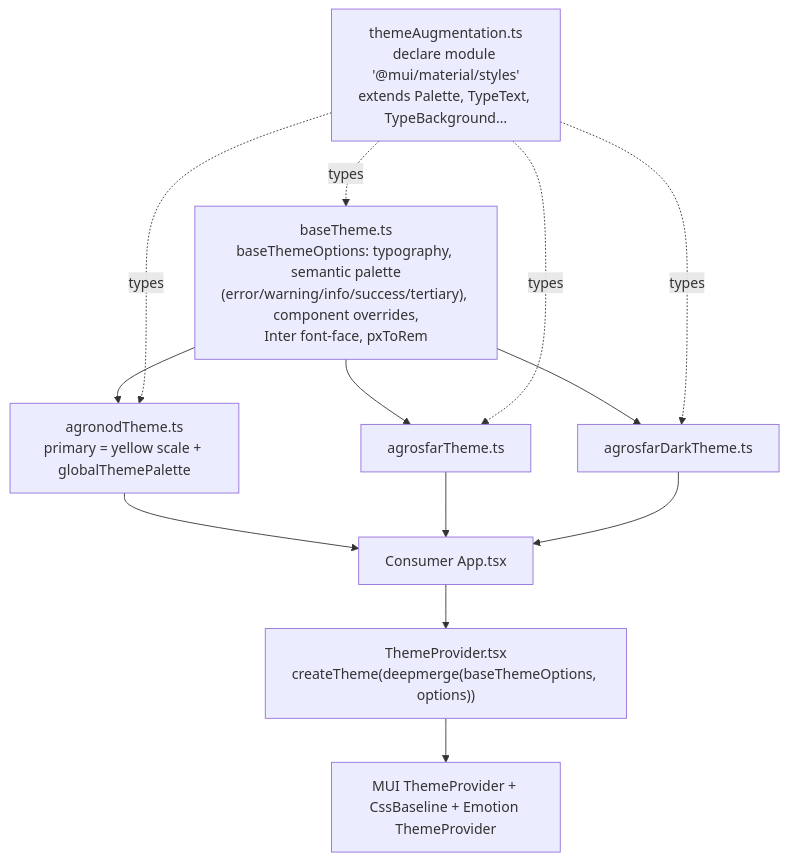
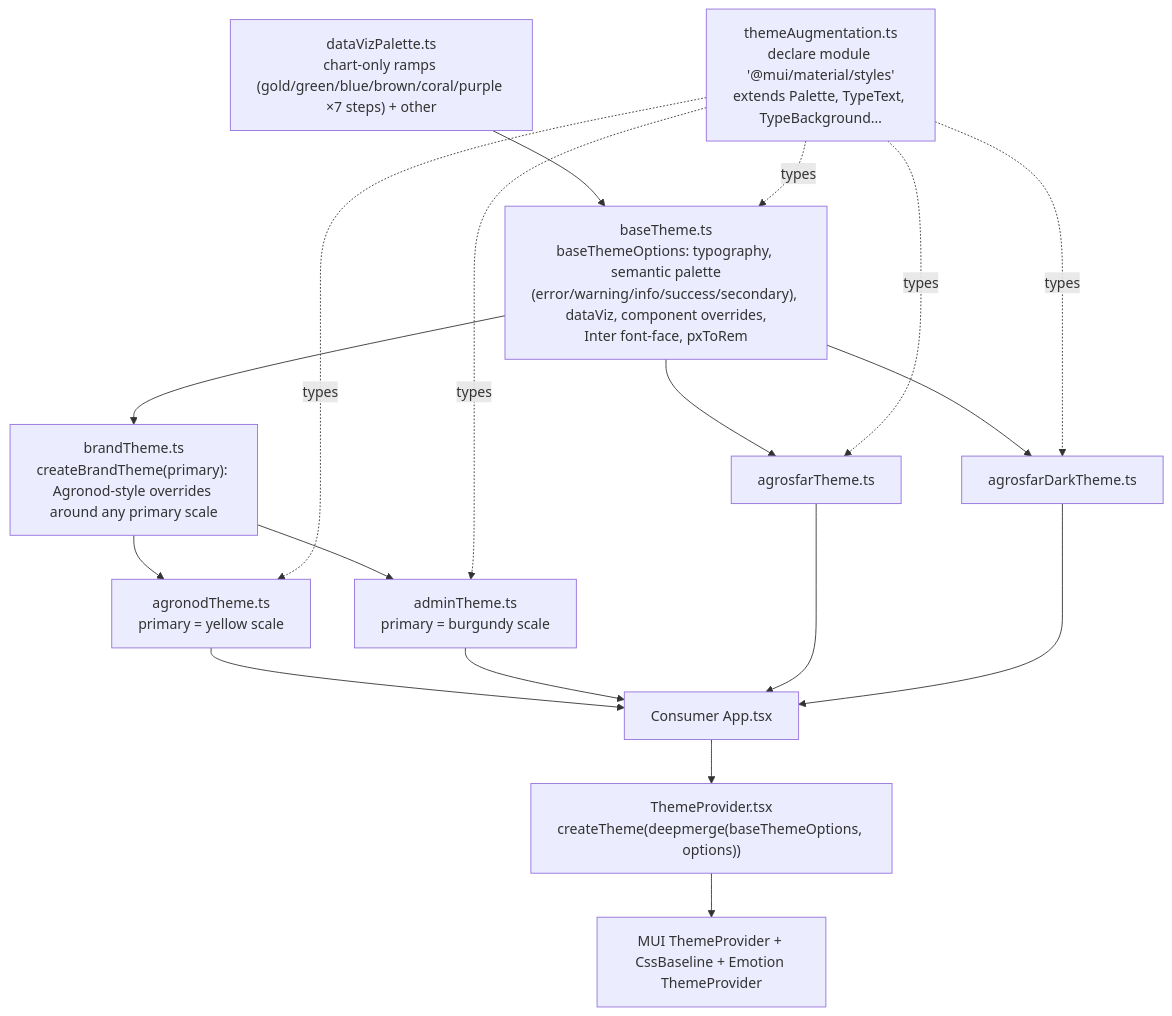
The diagram in .agents/steering/theme/overview/context.md (agronod/mui-components), drawn with Mermaid before and after one commit. The commit also changed other lines of this file and 20 other files, not shown here.

First line of the commit message:
feat!: remove tertiary colour, add Admin theme and data-visualization palette (DES-10) (#168)

````diff
--- a/.agents/steering/theme/overview/context.md
+++ b/.agents/steering/theme/overview/context.md
@@ -6,14 +6,19 @@
 ```mermaid
 flowchart TD
-    base["baseTheme.ts\nbaseThemeOptions: typography, semantic palette\n(error/warning/info/success/tertiary), component overrides,\nInter font-face, pxToRem"]
+    viz["dataVizPalette.ts\nchart-only ramps (gold/green/blue/brown/coral/purple ×7 steps) + other"]
+    base["baseTheme.ts\nbaseThemeOptions: typography, semantic palette\n(error/warning/info/success/secondary), dataViz, component overrides,\nInter font-face, pxToRem"]
     aug["themeAugmentation.ts\ndeclare module '@mui/material/styles'\nextends Palette, TypeText, TypeBackground…"]
-    ag["agronodTheme.ts\nprimary = yellow scale + globalThemePalette"]
+    brand["brandTheme.ts\ncreateBrandTheme(primary): Agronod-style overrides around any primary scale"]
+    ag["agronodTheme.ts\nprimary = yellow scale"]
+    adm["adminTheme.ts\nprimary = burgundy scale"]
     as["agrosfarTheme.ts"]
     asd["agrosfarDarkTheme.ts"]
     prov["ThemeProvider.tsx\ncreateTheme(deepmerge(baseThemeOptions, options))"]
     app["Consumer App.tsx\n<ThemeProvider options={agronodTheme}>"]
-    base --> ag & as & asd
-    aug -. types .-> base & ag & as & asd
-    ag & as & asd --> app --> prov
+    viz --> base
+    base --> brand & as & asd
+    brand --> ag & adm
+    aug -. types .-> base & ag & adm & as & asd
+    ag & adm & as & asd --> app --> prov
     prov --> mui["MUI ThemeProvider + CssBaseline + Emotion ThemeProvider"]
 ```
````
